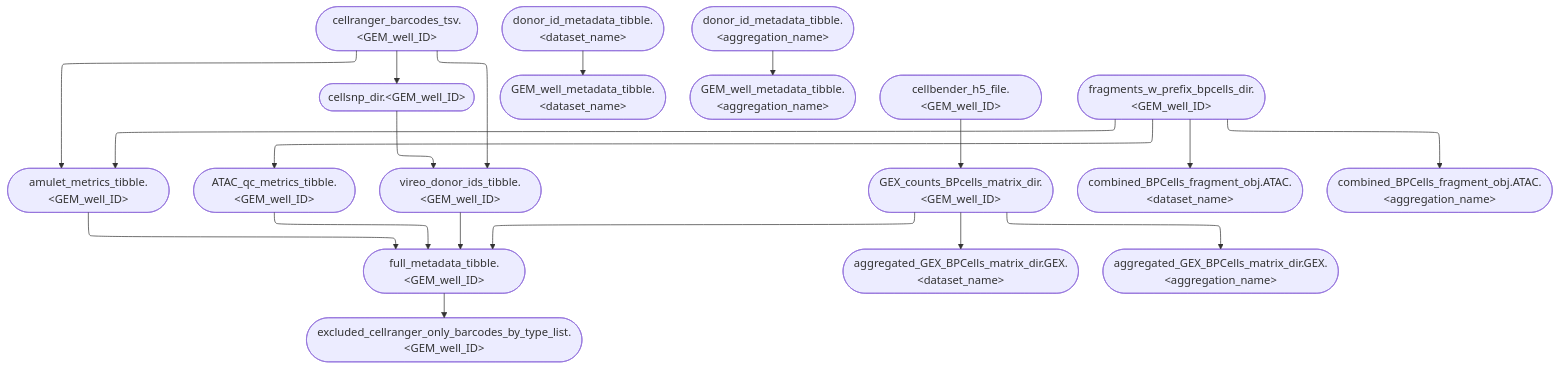
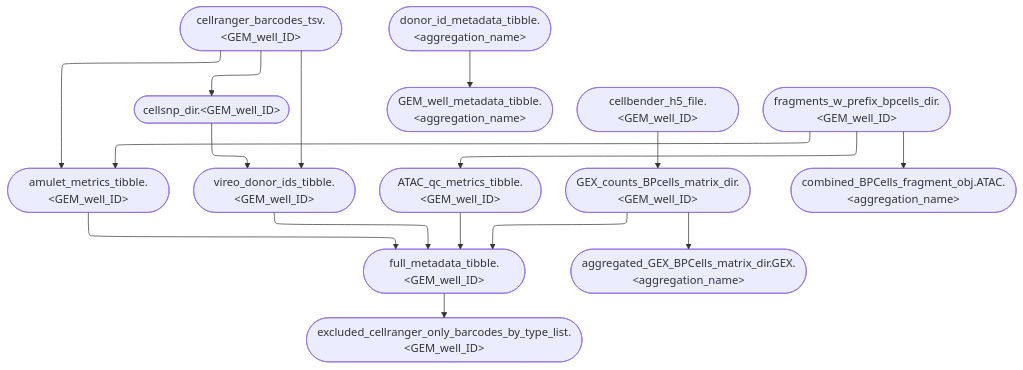
One commit to koefoeden/multiomeR changed the diagram in website/figures/human_curated/parallel_v2.mmd. Above: the diagram before and after it, drawn with Mermaid. The commit also changed 22 other files, not shown here.

```diff
--- a/website/figures/human_curated/parallel_v2.mmd
+++ b/website/figures/human_curated/parallel_v2.mmd
@@ -1,20 +1,17 @@
 %%{init: {'flowchart': {'defaultRenderer': 'elk'}}}%%
 flowchart TB
-  cellranger_barcodes_tsv.muscle_A1(["cellranger_barcodes_tsv.&lt;GEM_well_ID&gt;"]):::none --> amulet_metrics_tibble.muscle_A1(["amulet_metrics_tibble.&lt;GEM_well_ID&gt;"]):::none
-  cellranger_barcodes_tsv.muscle_A1(["cellranger_barcodes_tsv.&lt;GEM_well_ID&gt;"]):::none --> cellsnp_dir.muscle_A1(["cellsnp_dir.&lt;GEM_well_ID&gt;"]):::none
-  full_metadata_tibble.muscle_A1(["full_metadata_tibble.&lt;GEM_well_ID&gt;"]):::none --> excluded_cellranger_only_barcodes_by_type_list.muscle_A1(["excluded_cellranger_only_barcodes_by_type_list.&lt;GEM_well_ID&gt;"]):::none
-  ATAC_qc_metrics_tibble.muscle_A1(["ATAC_qc_metrics_tibble.&lt;GEM_well_ID&gt;"]):::none --> full_metadata_tibble.muscle_A1(["full_metadata_tibble.&lt;GEM_well_ID&gt;"]):::none
-  amulet_metrics_tibble.muscle_A1(["amulet_metrics_tibble.&lt;GEM_well_ID&gt;"]):::none --> full_metadata_tibble.muscle_A1(["full_metadata_tibble.&lt;GEM_well_ID&gt;"]):::none
-  vireo_donor_ids_tibble.muscle_A1(["vireo_donor_ids_tibble.&lt;GEM_well_ID&gt;"]):::none --> full_metadata_tibble.muscle_A1(["full_metadata_tibble.&lt;GEM_well_ID&gt;"]):::none
-  donor_id_metadata_tibble.muscle(["donor_id_metadata_tibble.&lt;dataset_name&gt;"]):::none --> GEM_well_metadata_tibble.muscle(["GEM_well_metadata_tibble.&lt;dataset_name&gt;"]):::none
-  donor_id_metadata_tibble.muscle_test(["donor_id_metadata_tibble.&lt;aggregation_name&gt;"]):::none --> GEM_well_metadata_tibble.muscle_test(["GEM_well_metadata_tibble.&lt;aggregation_name&gt;"]):::none
-  cellbender_h5_file.muscle_A1(["cellbender_h5_file.&lt;GEM_well_ID&gt;"]):::none --> GEX_counts_BPcells_matrix_dir.muscle_A1(["GEX_counts_BPcells_matrix_dir.&lt;GEM_well_ID&gt;"]):::none
-  cellranger_barcodes_tsv.muscle_A1(["cellranger_barcodes_tsv.&lt;GEM_well_ID&gt;"]):::none --> vireo_donor_ids_tibble.muscle_A1(["vireo_donor_ids_tibble.&lt;GEM_well_ID&gt;"]):::none
-  cellsnp_dir.muscle_A1(["cellsnp_dir.&lt;GEM_well_ID&gt;"]):::none --> vireo_donor_ids_tibble.muscle_A1(["vireo_donor_ids_tibble.&lt;GEM_well_ID&gt;"]):::none
-  fragments_w_prefix_bpcells_dir.muscle_A1(["fragments_w_prefix_bpcells_dir.&lt;GEM_well_ID&gt;"]):::none --> amulet_metrics_tibble.muscle_A1(["amulet_metrics_tibble.&lt;GEM_well_ID&gt;"]):::none
-  fragments_w_prefix_bpcells_dir.muscle_A1(["fragments_w_prefix_bpcells_dir.&lt;GEM_well_ID&gt;"]):::none --> ATAC_qc_metrics_tibble.muscle_A1(["ATAC_qc_metrics_tibble.&lt;GEM_well_ID&gt;"]):::none
-  fragments_w_prefix_bpcells_dir.muscle_A1(["fragments_w_prefix_bpcells_dir.&lt;GEM_well_ID&gt;"]):::none --> combined_BPCells_fragment_obj.ATAC.muscle(["combined_BPCells_fragment_obj.ATAC.&lt;dataset_name&gt;"]):::none
-  fragments_w_prefix_bpcells_dir.muscle_A1(["fragments_w_prefix_bpcells_dir.&lt;GEM_well_ID&gt;"]):::none --> combined_BPCells_fragment_obj.ATAC.muscle_test(["combined_BPCells_fragment_obj.ATAC.&lt;aggregation_name&gt;"]):::none
-  GEX_counts_BPcells_matrix_dir.muscle_A1(["GEX_counts_BPcells_matrix_dir.&lt;GEM_well_ID&gt;"]):::none --> full_metadata_tibble.muscle_A1(["full_metadata_tibble.&lt;GEM_well_ID&gt;"]):::none
-  GEX_counts_BPcells_matrix_dir.muscle_A1(["GEX_counts_BPcells_matrix_dir.&lt;GEM_well_ID&gt;"]):::none --> aggregated_GEX_BPCells_matrix_dir.GEX.muscle(["aggregated_GEX_BPCells_matrix_dir.GEX.&lt;dataset_name&gt;"]):::none
-  GEX_counts_BPcells_matrix_dir.muscle_A1(["GEX_counts_BPcells_matrix_dir.&lt;GEM_well_ID&gt;"]):::none --> aggregated_GEX_BPCells_matrix_dir.GEX.muscle_test(["aggregated_GEX_BPCells_matrix_dir.GEX.&lt;aggregation_name&gt;"]):::none
+  cellranger_barcodes_tsv.embryonic_brain_mouse(["cellranger_barcodes_tsv.&lt;GEM_well_ID&gt;"]):::none --> amulet_metrics_tibble.embryonic_brain_mouse(["amulet_metrics_tibble.&lt;GEM_well_ID&gt;"]):::none
+  cellranger_barcodes_tsv.embryonic_brain_mouse(["cellranger_barcodes_tsv.&lt;GEM_well_ID&gt;"]):::none --> cellsnp_dir.embryonic_brain_mouse(["cellsnp_dir.&lt;GEM_well_ID&gt;"]):::none
+  full_metadata_tibble.embryonic_brain_mouse(["full_metadata_tibble.&lt;GEM_well_ID&gt;"]):::none --> excluded_cellranger_only_barcodes_by_type_list.embryonic_brain_mouse(["excluded_cellranger_only_barcodes_by_type_list.&lt;GEM_well_ID&gt;"]):::none
+  vireo_donor_ids_tibble.embryonic_brain_mouse(["vireo_donor_ids_tibble.&lt;GEM_well_ID&gt;"]):::none --> full_metadata_tibble.embryonic_brain_mouse(["full_metadata_tibble.&lt;GEM_well_ID&gt;"]):::none
+  amulet_metrics_tibble.embryonic_brain_mouse(["amulet_metrics_tibble.&lt;GEM_well_ID&gt;"]):::none --> full_metadata_tibble.embryonic_brain_mouse(["full_metadata_tibble.&lt;GEM_well_ID&gt;"]):::none
+  ATAC_qc_metrics_tibble.embryonic_brain_mouse(["ATAC_qc_metrics_tibble.&lt;GEM_well_ID&gt;"]):::none --> full_metadata_tibble.embryonic_brain_mouse(["full_metadata_tibble.&lt;GEM_well_ID&gt;"]):::none
+  donor_id_metadata_tibble.brain_mouse(["donor_id_metadata_tibble.&lt;aggregation_name&gt;"]):::none --> GEM_well_metadata_tibble.brain_mouse(["GEM_well_metadata_tibble.&lt;aggregation_name&gt;"]):::none
+  cellbender_h5_file.embryonic_brain_mouse(["cellbender_h5_file.&lt;GEM_well_ID&gt;"]):::none --> GEX_counts_BPcells_matrix_dir.embryonic_brain_mouse(["GEX_counts_BPcells_matrix_dir.&lt;GEM_well_ID&gt;"]):::none
+  cellranger_barcodes_tsv.embryonic_brain_mouse(["cellranger_barcodes_tsv.&lt;GEM_well_ID&gt;"]):::none --> vireo_donor_ids_tibble.embryonic_brain_mouse(["vireo_donor_ids_tibble.&lt;GEM_well_ID&gt;"]):::none
+  cellsnp_dir.embryonic_brain_mouse(["cellsnp_dir.&lt;GEM_well_ID&gt;"]):::none --> vireo_donor_ids_tibble.embryonic_brain_mouse(["vireo_donor_ids_tibble.&lt;GEM_well_ID&gt;"]):::none
+  fragments_w_prefix_bpcells_dir.embryonic_brain_mouse(["fragments_w_prefix_bpcells_dir.&lt;GEM_well_ID&gt;"]):::none --> amulet_metrics_tibble.embryonic_brain_mouse(["amulet_metrics_tibble.&lt;GEM_well_ID&gt;"]):::none
+  fragments_w_prefix_bpcells_dir.embryonic_brain_mouse(["fragments_w_prefix_bpcells_dir.&lt;GEM_well_ID&gt;"]):::none --> ATAC_qc_metrics_tibble.embryonic_brain_mouse(["ATAC_qc_metrics_tibble.&lt;GEM_well_ID&gt;"]):::none
+  fragments_w_prefix_bpcells_dir.embryonic_brain_mouse(["fragments_w_prefix_bpcells_dir.&lt;GEM_well_ID&gt;"]):::none --> combined_BPCells_fragment_obj.ATAC.brain_mouse(["combined_BPCells_fragment_obj.ATAC.&lt;aggregation_name&gt;"]):::none
+  GEX_counts_BPcells_matrix_dir.embryonic_brain_mouse(["GEX_counts_BPcells_matrix_dir.&lt;GEM_well_ID&gt;"]):::none --> full_metadata_tibble.embryonic_brain_mouse(["full_metadata_tibble.&lt;GEM_well_ID&gt;"]):::none
+  GEX_counts_BPcells_matrix_dir.embryonic_brain_mouse(["GEX_counts_BPcells_matrix_dir.&lt;GEM_well_ID&gt;"]):::none --> aggregated_GEX_BPCells_matrix_dir.GEX.brain_mouse(["aggregated_GEX_BPCells_matrix_dir.GEX.&lt;aggregation_name&gt;"]):::none
```
